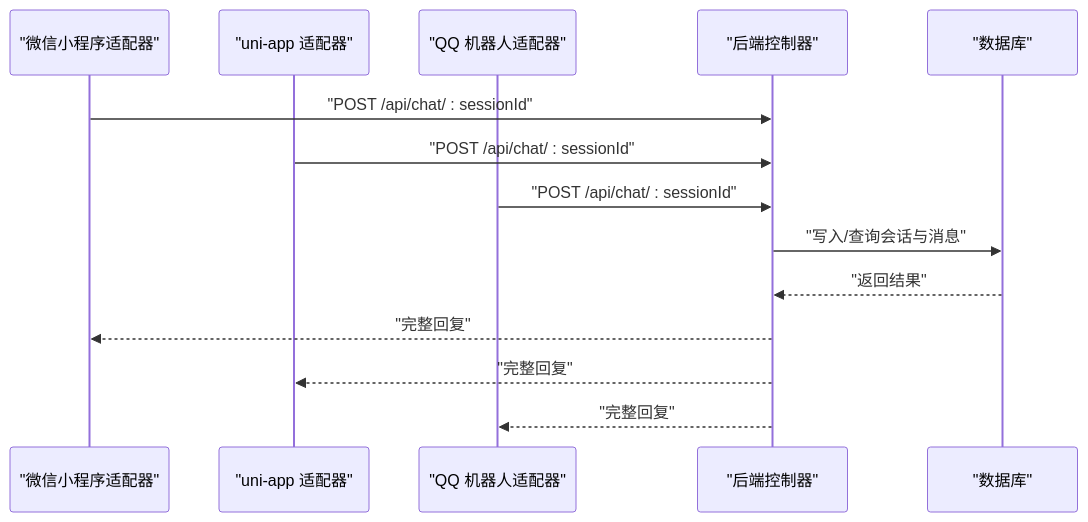
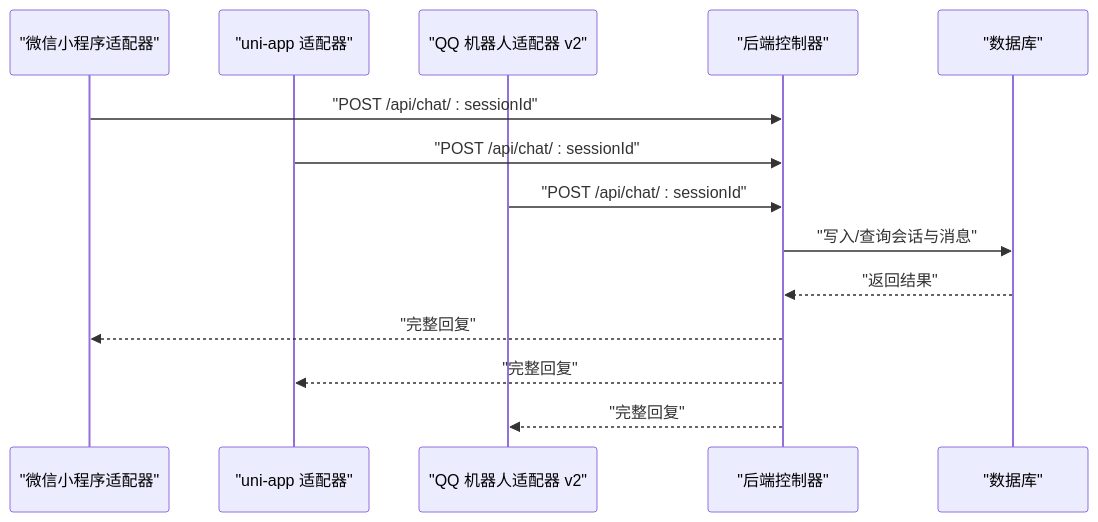
One commit to L1mingyoung/ex changed the second of 7 diagrams in .qoder/repowiki/zh/content/多平台适配器/多平台适配器.md. Above: the diagram before and after it, drawn with Mermaid. The commit also changed other lines of this file and 13 other files, not shown here.

````diff
--- a/.qoder/repowiki/zh/content/多平台适配器/多平台适配器.md
+++ b/.qoder/repowiki/zh/content/多平台适配器/多平台适配器.md
@@ -103,16 +103,16 @@
 ```mermaid
 sequenceDiagram
 participant Mini as "微信小程序适配器"
 participant Uni as "uni-app 适配器"
-participant QQ as "QQ 机器人适配器"
+participant QQ as "QQ 机器人适配器 v2"
 participant API as "后端控制器"
 participant DB as "数据库"
 Mini->>API : "POST /api/chat/ : sessionId"
 Uni->>API : "POST /api/chat/ : sessionId"
 QQ->>API : "POST /api/chat/ : sessionId"
 API->>DB : "写入/查询会话与消息"
 DB-->>API : "返回结果"
 API-->>Mini : "完整回复"
 API-->>Uni : "完整回复"
 API-->>QQ : "完整回复"
 ```
````
